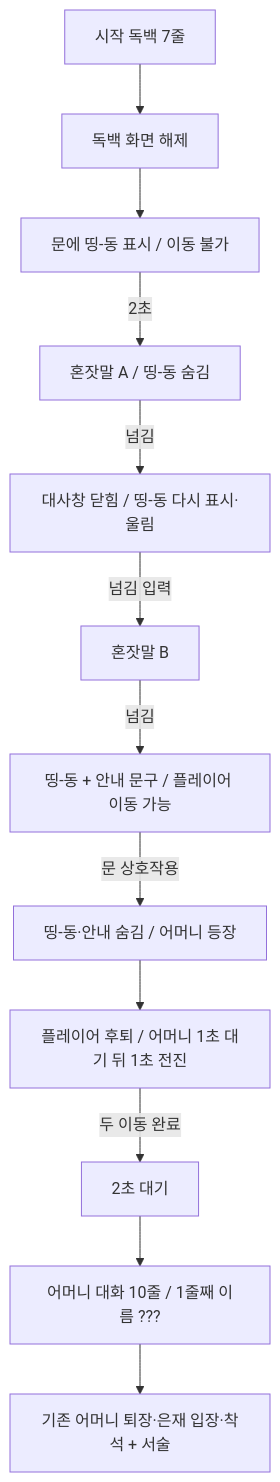
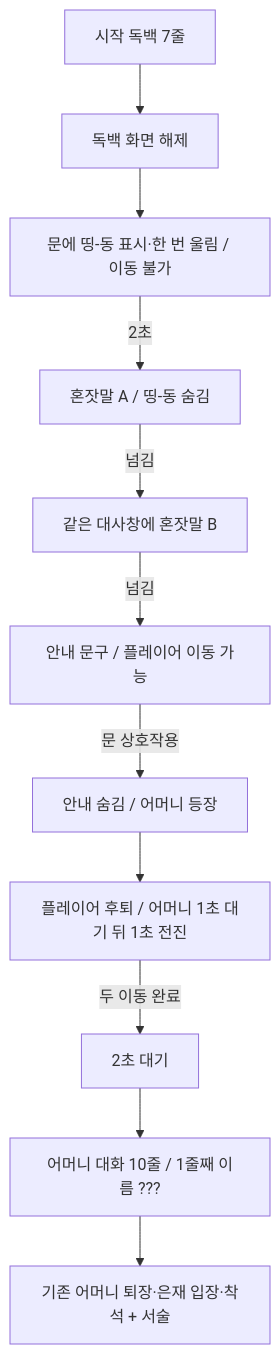
One commit to xpaklove12-lang/Corner1 changed the diagram in docs/spec-opening-monologue-door-arrival.md. Above: the diagram before and after it, drawn with Mermaid. The commit also changed other lines of this file and 8 other files, not shown here.

````diff
--- a/docs/spec-opening-monologue-door-arrival.md
+++ b/docs/spec-opening-monologue-door-arrival.md
@@ -108,14 +107,13 @@
 ```mermaid
 flowchart TD
     A[시작 독백 7줄] --> B[독백 화면 해제]
-    B --> C[문에 띵-동 표시 / 이동 불가]
+    B --> C[문에 띵-동 표시·한 번 울림 / 이동 불가]
     C -->|2초| D[혼잣말 A / 띵-동 숨김]
-    D -->|넘김| E[대사창 닫힘 / 띵-동 다시 표시·울림]
-    E -->|넘김 입력| F[혼잣말 B]
-    F -->|넘김| G[띵-동 + 안내 문구 / 플레이어 이동 가능]
-    G -->|문 상호작용| H[띵-동·안내 숨김 / 어머니 등장]
+    D -->|넘김| F[같은 대사창에 혼잣말 B]
+    F -->|넘김| G[안내 문구 / 플레이어 이동 가능]
+    G -->|문 상호작용| H[안내 숨김 / 어머니 등장]
     H --> I[플레이어 후퇴 / 어머니 1초 대기 뒤 1초 전진]
     I -->|두 이동 완료| J[2초 대기]
     J --> K[어머니 대화 10줄 / 1줄째 이름 ???]
     K --> L[기존 어머니 퇴장·은재 입장·착석 + 서술]
 ```
````
